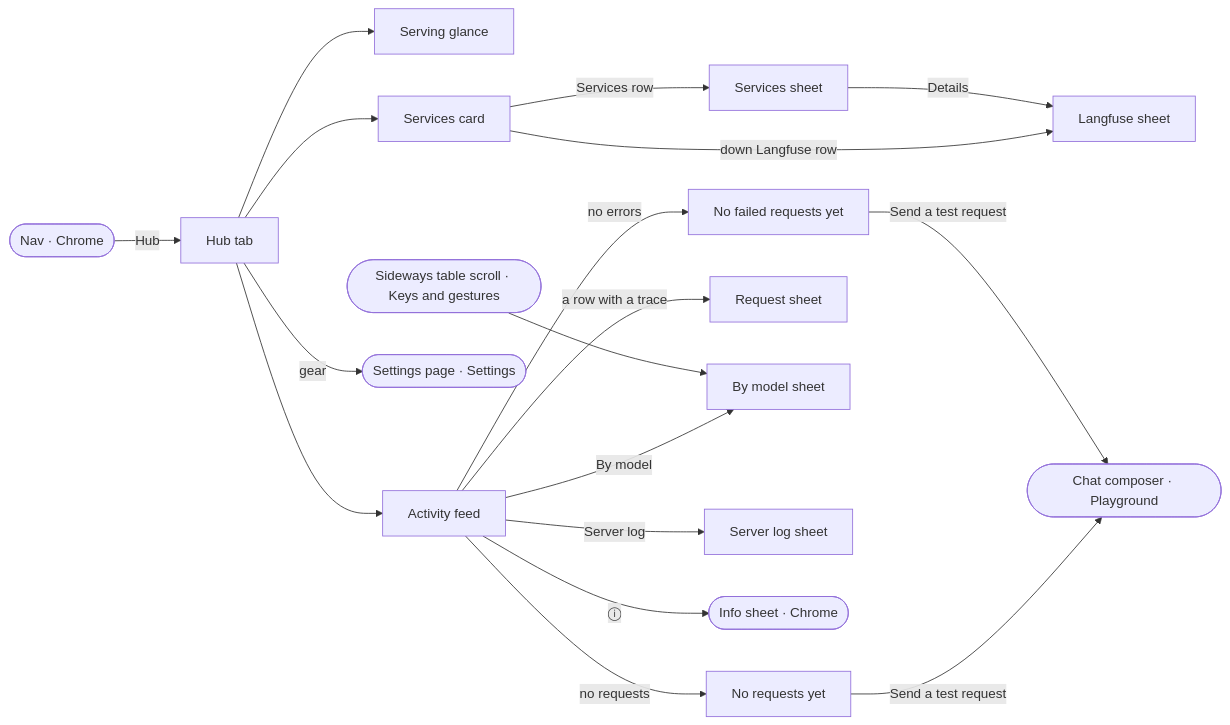
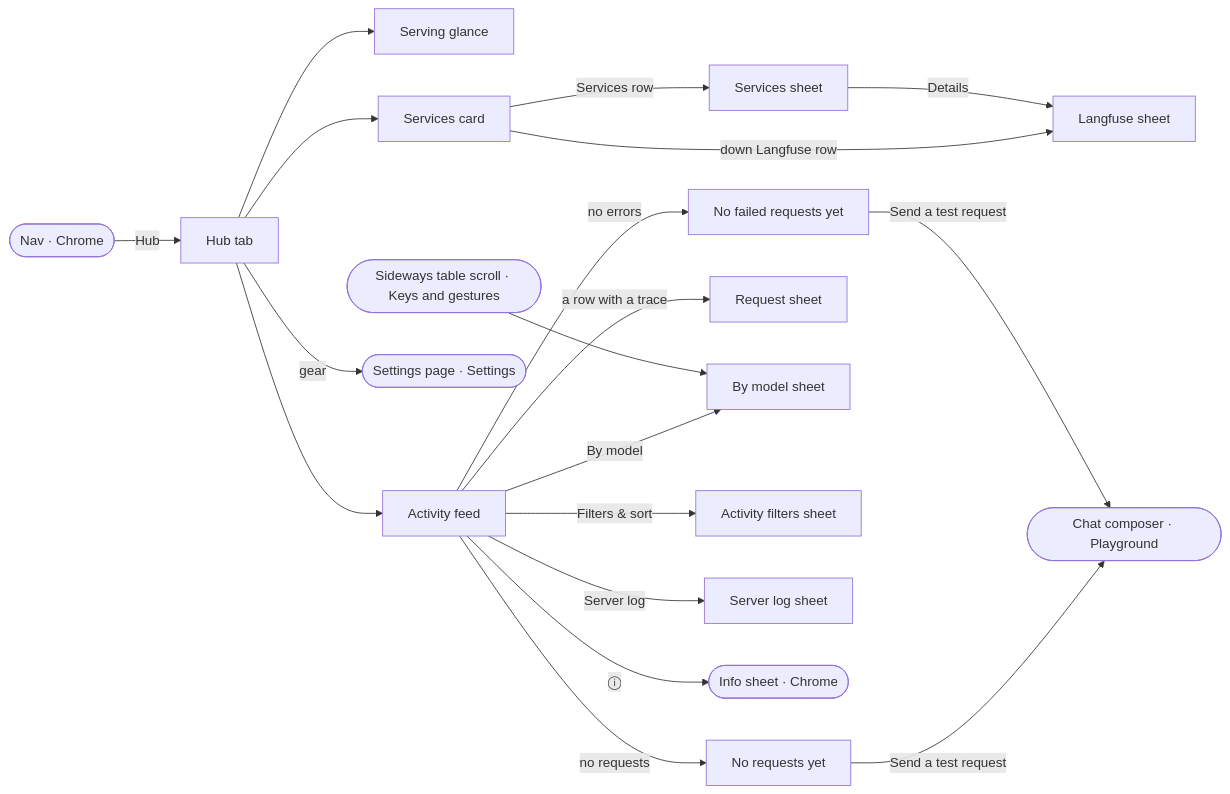
Before and after one commit to ferraroroberto/local-llm-hub: the second of 8 diagrams in docs/ux-surface-map.md, drawn with Mermaid. The commit also changed other lines of this file and 16 other files, not shown here.

First line of the commit message:
feat: one Filters & sort sheet for Hub Activity and Code Usage (#1129)

````diff
--- a/docs/ux-surface-map.md
+++ b/docs/ux-surface-map.md
@@ -204,36 +204,38 @@
 ```mermaid
 flowchart LR
   s8["Hub tab"]
   s9["Serving glance"]
   s10["Services card"]
   s11["Activity feed"]
   s12["No requests yet"]
   s13["No failed requests yet"]
   s14["Services sheet"]
   s15["Langfuse sheet"]
   s16["Request sheet"]
   s17["By model sheet"]
-  s18["Server log sheet"]
+  s18["Activity filters sheet"]
+  s19["Server log sheet"]
   s0(["Nav · Chrome"])
-  s72(["Settings page · Settings"])
+  s73(["Settings page · Settings"])
   s7(["Info sheet · Chrome"])
-  s31(["Chat composer · Playground"])
-  s83(["Sideways table scroll · Keys and gestures"])
+  s32(["Chat composer · Playground"])
+  s84(["Sideways table scroll · Keys and gestures"])
   s0 -->|"Hub"| s8
   s8 --> s9
   s8 --> s10
   s8 --> s11
-  s8 -->|"gear"| s72
+  s8 -->|"gear"| s73
   s10 -->|"Services row"| s14
   s10 -->|"down Langfuse row"| s15
+  s11 -->|"Filters & sort"| s18
   s11 -->|"a row with a trace"| s16
   s11 -->|"By model"| s17
-  s11 -->|"Server log"| s18
+  s11 -->|"Server log"| s19
   s11 -->|"no requests"| s12
   s11 -->|"no errors"| s13
   s11 -->|"ⓘ"| s7
-  s12 -->|"Send a test request"| s31
-  s13 -->|"Send a test request"| s31
+  s12 -->|"Send a test request"| s32
+  s13 -->|"Send a test request"| s32
   s14 -->|"Details"| s15
-  s83 --> s17
+  s84 --> s17
 ```
````
